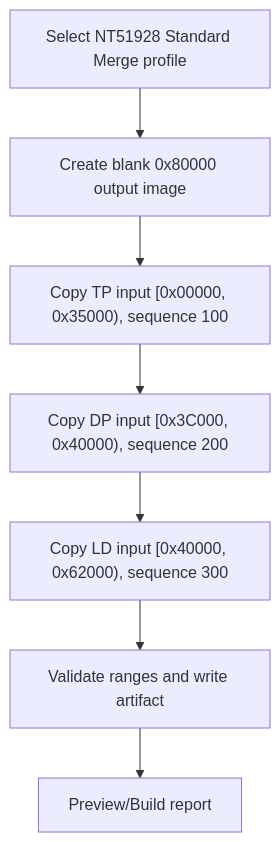
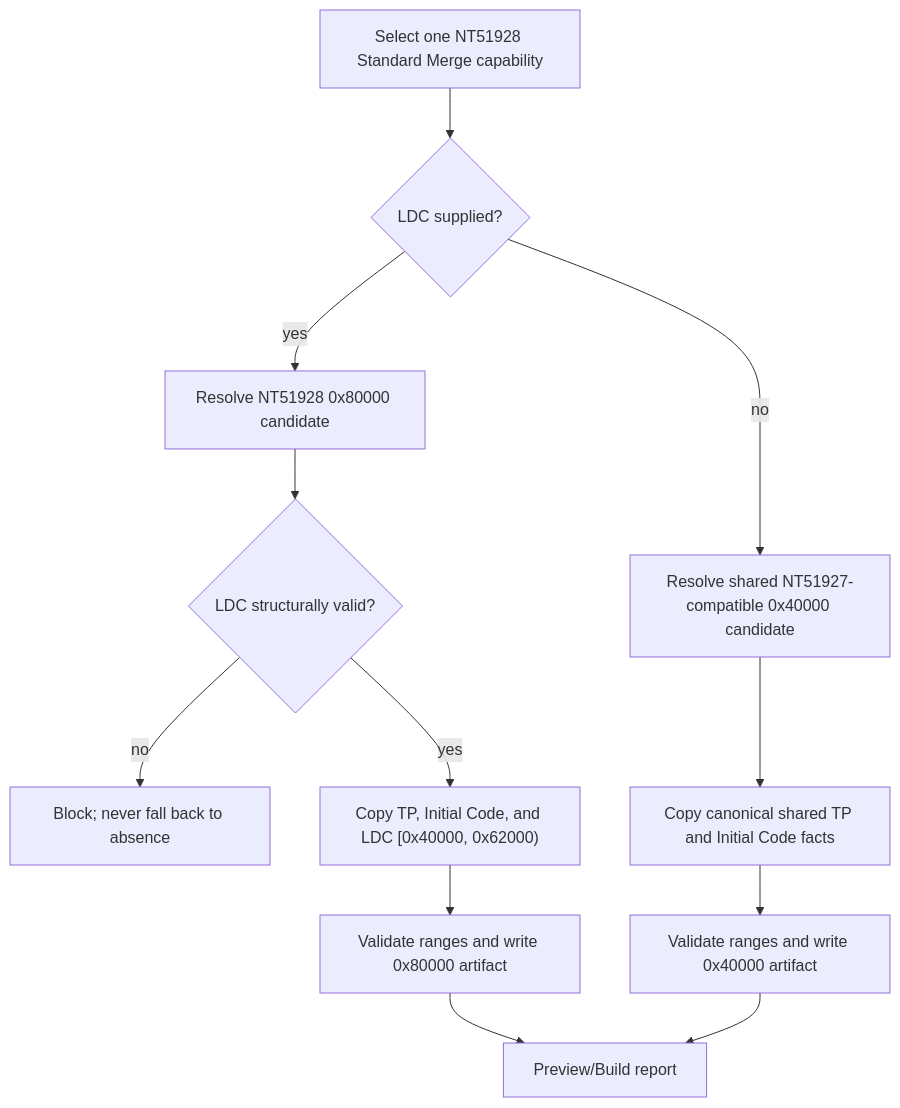
The fourth of 14 diagrams in docs/architecture/ic-workflow-flowcharts.md (Dennis40816/nvt_fw_combiner), drawn with Mermaid before and after one commit. The commit also changed other lines of this file and 9 other files, not shown here.

````diff
--- a/docs/architecture/ic-workflow-flowcharts.md
+++ b/docs/architecture/ic-workflow-flowcharts.md
@@ -173,9 +173,14 @@
 ```mermaid
 flowchart TD
-    A["Select NT51928 Standard Merge profile"] --> B["Create blank 0x80000 output image"]
-    B --> C["Copy TP input [0x00000, 0x35000), sequence 100"]
-    C --> D["Copy DP input [0x3C000, 0x40000), sequence 200"]
-    D --> E["Copy LD input [0x40000, 0x62000), sequence 300"]
-    E --> F["Validate ranges and write artifact"]
-    F --> G["Preview/Build report"]
+    A["Select one NT51928 Standard Merge capability"] --> B{"LDC supplied?"}
+    B -- "no" --> C["Resolve shared NT51927-compatible 0x40000 candidate"]
+    B -- "yes" --> D["Resolve NT51928 0x80000 candidate"]
+    D --> E{"LDC structurally valid?"}
+    E -- "no" --> F["Block; never fall back to absence"]
+    E -- "yes" --> G["Copy TP, Initial Code, and LDC [0x40000, 0x62000)"]
+    C --> H["Copy canonical shared TP and Initial Code facts"]
+    G --> I["Validate ranges and write 0x80000 artifact"]
+    H --> J["Validate ranges and write 0x40000 artifact"]
+    I --> K["Preview/Build report"]
+    J --> K
 ```
````
